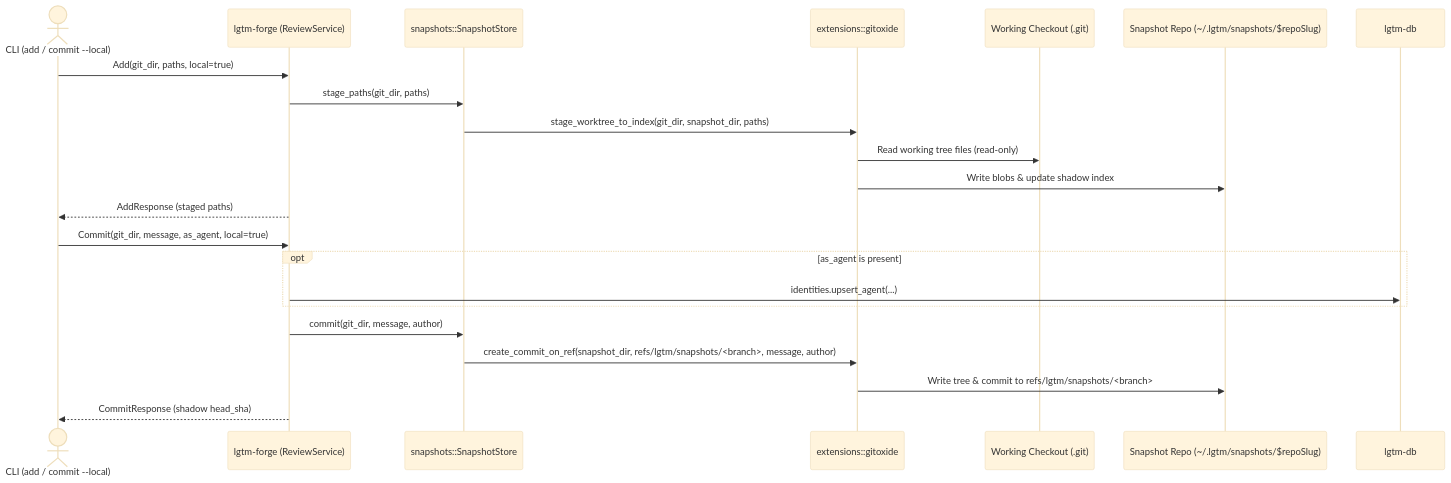
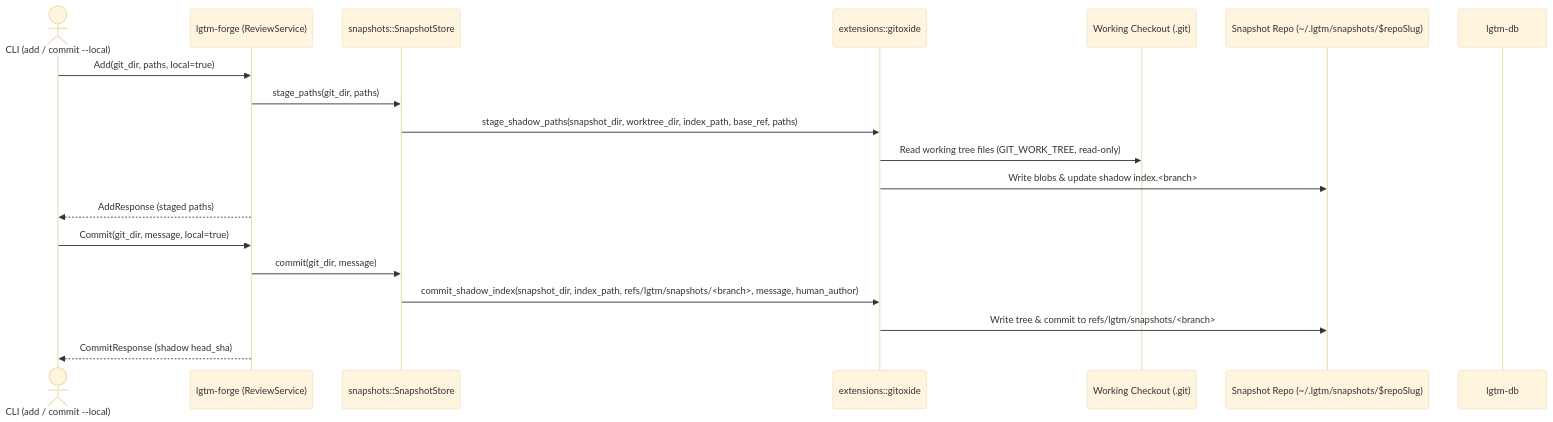
The second of 11 diagrams in docs/architecture/forge/index.md (difflab-io/lgtm), drawn with Mermaid (base theme) before and after one commit. The commit also changed other lines of this file and 26 other files, not shown here.

Commit message:
feat(forge,cli): isolate local snapshot store, purify domain models, and refine authorship

````diff
--- a/docs/architecture/forge/index.md
+++ b/docs/architecture/forge/index.md
@@ -261,26 +263,23 @@
 ```mermaid
 sequenceDiagram
     actor Caller as CLI (add / commit --local)
     participant Service as lgtm-forge (ReviewService)
     participant SnapStore as snapshots::SnapshotStore
     participant Gix as extensions::gitoxide
     participant Checkout as Working Checkout (.git)
     participant Snapshot as Snapshot Repo (~/.lgtm/snapshots/$repoSlug)
     participant DB as lgtm-db
 
     Caller->>Service: Add(git_dir, paths, local=true)
     Service->>SnapStore: stage_paths(git_dir, paths)
-    SnapStore->>Gix: stage_worktree_to_index(git_dir, snapshot_dir, paths)
-    Gix->>Checkout: Read working tree files (read-only)
-    Gix->>Snapshot: Write blobs & update shadow index
+    SnapStore->>Gix: stage_shadow_paths(snapshot_dir, worktree_dir, index_path, base_ref, paths)
+    Gix->>Checkout: Read working tree files (GIT_WORK_TREE, read-only)
+    Gix->>Snapshot: Write blobs & update shadow index.<branch>
     Service-->>Caller: AddResponse (staged paths)
 
-    Caller->>Service: Commit(git_dir, message, as_agent, local=true)
-    opt as_agent is present
-        Service->>DB: identities.upsert_agent(...)
-    end
-    Service->>SnapStore: commit(git_dir, message, author)
-    SnapStore->>Gix: create_commit_on_ref(snapshot_dir, refs/lgtm/snapshots/<branch>, message, author)
+    Caller->>Service: Commit(git_dir, message, local=true)
+    Service->>SnapStore: commit(git_dir, message)
+    SnapStore->>Gix: commit_shadow_index(snapshot_dir, index_path, refs/lgtm/snapshots/<branch>, message, human_author)
     Gix->>Snapshot: Write tree & commit to refs/lgtm/snapshots/<branch>
     Service-->>Caller: CommitResponse (shadow head_sha)
 ```
````
